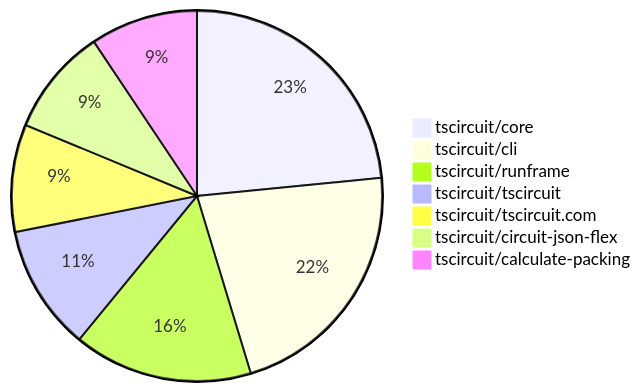
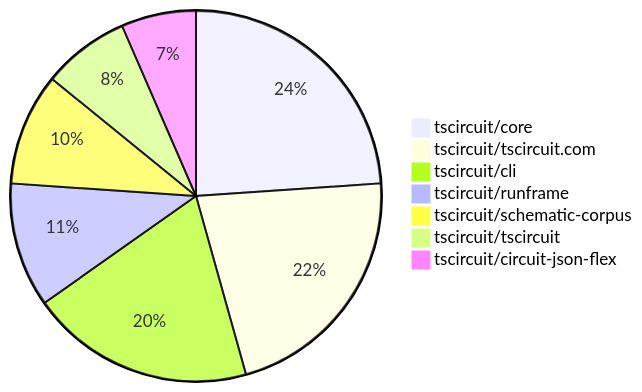
Before and after one commit to tscircuit/contribution-tracker: the second of 2 diagrams in README.md, drawn with Mermaid. The commit also changed other lines of this file and 3 other files, not shown here.

````diff
--- a/README.md
+++ b/README.md
@@ -99,10 +106,10 @@
 ```mermaid
 pie
-    "tscircuit/core" : 15
-    "tscircuit/cli" : 14
+    "tscircuit/core" : 22
+    "tscircuit/tscircuit.com" : 20
+    "tscircuit/cli" : 18
     "tscircuit/runframe" : 10
+    "tscircuit/schematic-corpus" : 9
     "tscircuit/tscircuit" : 7
-    "tscircuit/tscircuit.com" : 6
     "tscircuit/circuit-json-flex" : 6
-    "tscircuit/calculate-packing" : 6
 ```
````
